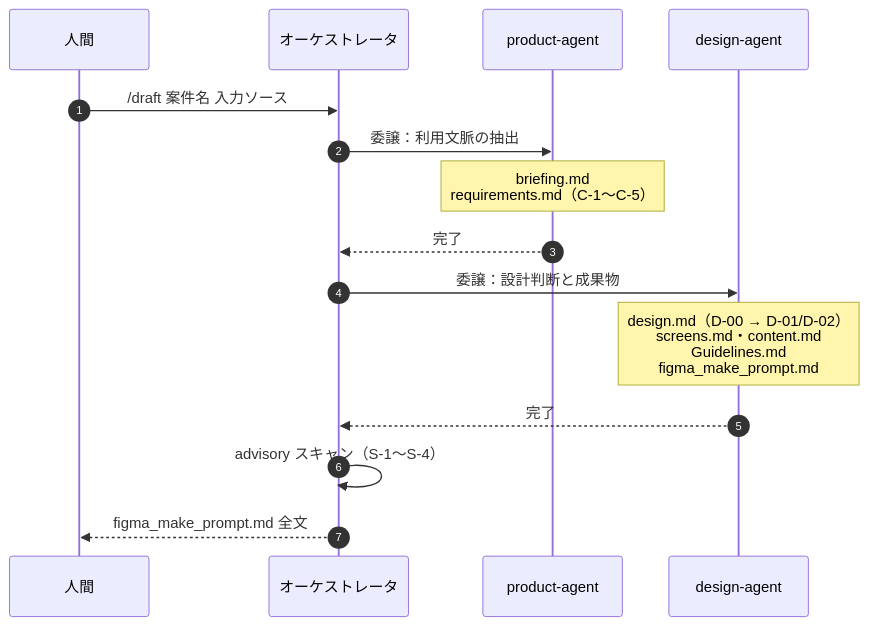
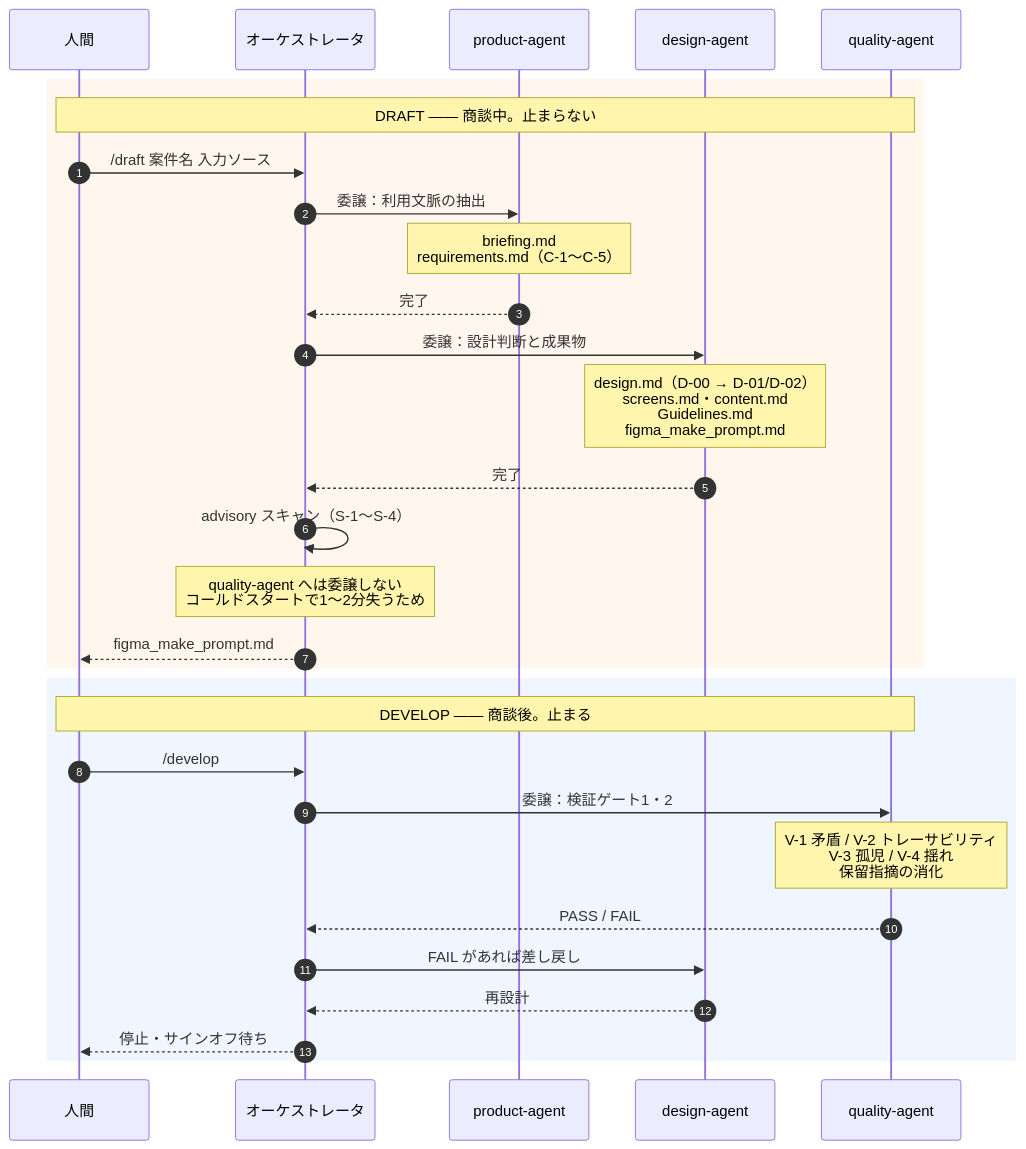
Before and after one commit to daichi-kubokawa/prototyping-agents: the third of 3 diagrams in WORKFLOW.md, drawn with Mermaid. The commit also changed other lines of this file and 2 other files, not shown here.

````diff
--- a/WORKFLOW.md
+++ b/WORKFLOW.md
@@ -123,18 +123,34 @@
 ```mermaid
 sequenceDiagram
     autonumber
     participant U as 人間
     participant O as オーケストレータ
     participant P as product-agent
     participant D as design-agent
+    participant Q as quality-agent
 
+    rect rgb(255, 247, 237)
+    Note over U,Q: DRAFT ―― 商談中。止まらない
     U->>O: /draft 案件名 入力ソース
     O->>P: 委譲：利用文脈の抽出
     Note over P: briefing.md<br/>requirements.md（C-1〜C-5）
     P-->>O: 完了
     O->>D: 委譲：設計判断と成果物
     Note over D: design.md（D-00 → D-01/D-02）<br/>screens.md・content.md<br/>Guidelines.md<br/>figma_make_prompt.md
     D-->>O: 完了
     O->>O: advisory スキャン（S-1〜S-4）
-    O-->>U: figma_make_prompt.md 全文
+    Note over O: quality-agent へは委譲しない<br/>コールドスタートで1〜2分失うため
+    O-->>U: figma_make_prompt.md
+    end
+
+    rect rgb(239, 246, 255)
+    Note over U,Q: DEVELOP ―― 商談後。止まる
+    U->>O: /develop
+    O->>Q: 委譲：検証ゲート1・2
+    Note over Q: V-1 矛盾 / V-2 トレーサビリティ<br/>V-3 孤児 / V-4 揺れ<br/>保留指摘の消化
+    Q-->>O: PASS / FAIL
+    O->>D: FAIL があれば差し戻し
+    D-->>O: 再設計
+    O-->>U: 停止・サインオフ待ち
+    end
 ```
````
